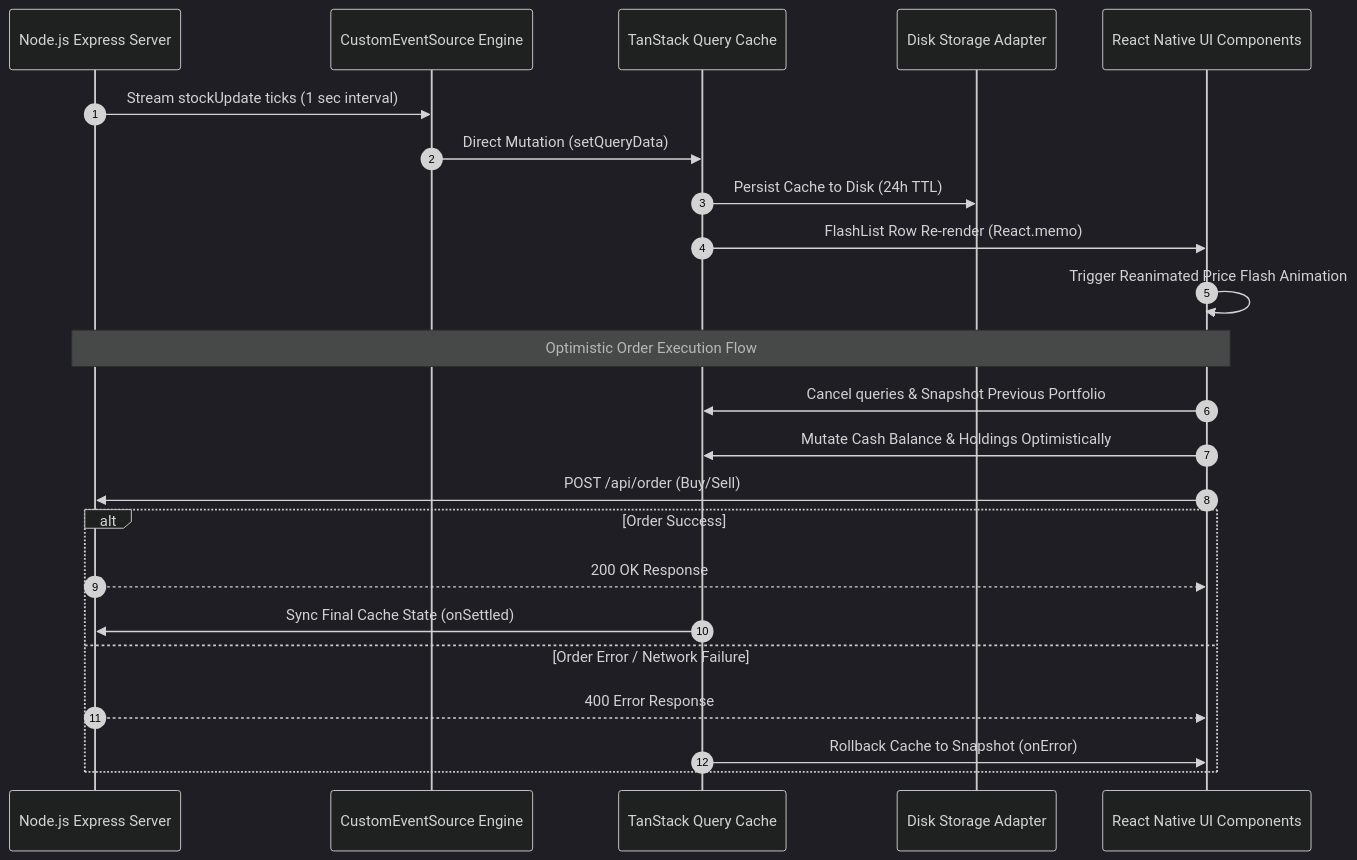
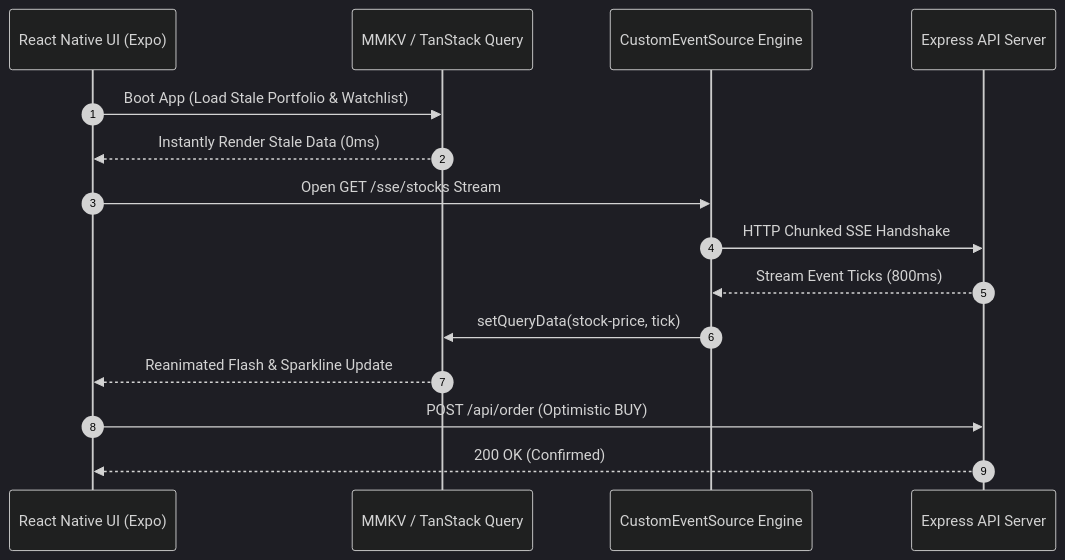
One commit to Subramanya2/react-native-stock-dashboard changed the diagram in README.md. Above: the diagram before and after it, drawn with Mermaid (dark theme). The commit also changed other lines of this file and 1 other file, not shown here.

Commit message:
feat(app): add SSE network health banner, ticker search filter, and final README docs

````diff
--- a/README.md
+++ b/README.md
@@ -9,27 +36,18 @@
 ```mermaid
 sequenceDiagram
     autonumber
-    participant Backend as Node.js Express Server
+    participant UI as React Native UI (Expo)
+    participant Cache as MMKV / TanStack Query
     participant SSE as CustomEventSource Engine
-    participant QueryCache as TanStack Query Cache
-    participant MMKV as Disk Storage Adapter
-    participant UI as React Native UI Components
+    participant API as Express API Server
 
-    Backend->>SSE: Stream stockUpdate ticks (1 sec interval)
-    SSE->>QueryCache: Direct Mutation (setQueryData)
-    QueryCache->>MMKV: Persist Cache to Disk (24h TTL)
-    QueryCache->>UI: FlashList Row Re-render (React.memo)
-    UI->>UI: Trigger Reanimated Price Flash Animation
-    
-    Note over UI,Backend: Optimistic Order Execution Flow
-    UI->>QueryCache: Cancel queries & Snapshot Previous Portfolio
-    UI->>QueryCache: Mutate Cash Balance & Holdings Optimistically
-    UI->>Backend: POST /api/order (Buy/Sell)
-    alt Order Success
-        Backend-->>UI: 200 OK Response
-        QueryCache->>Backend: Sync Final Cache State (onSettled)
-    else Order Error / Network Failure
-        Backend-->>UI: 400 Error Response
-        QueryCache->>UI: Rollback Cache to Snapshot (onError)
-    end
+    UI->>Cache: Boot App (Load Stale Portfolio & Watchlist)
+    Cache-->>UI: Instantly Render Stale Data (0ms)
+    UI->>SSE: Open GET /sse/stocks Stream
+    SSE->>API: HTTP Chunked SSE Handshake
+    API-->>SSE: Stream Event Ticks (800ms)
+    SSE->>Cache: setQueryData(stock-price, tick)
+    Cache-->>UI: Reanimated Flash & Sparkline Update
+    UI->>API: POST /api/order (Optimistic BUY)
+    API-->>UI: 200 OK (Confirmed)
 ```
````
